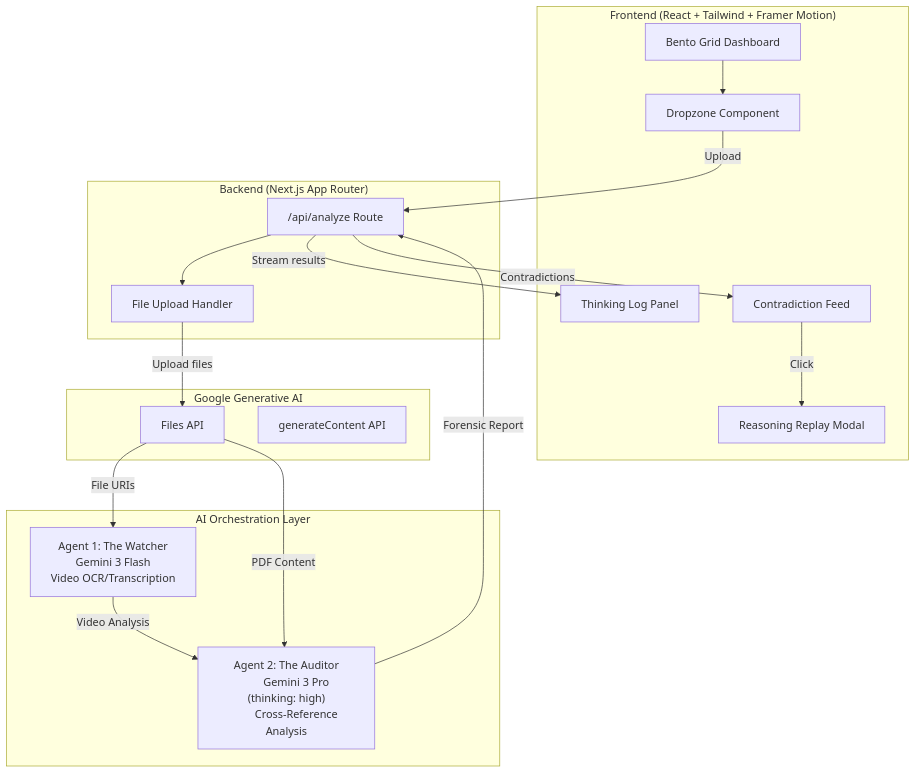
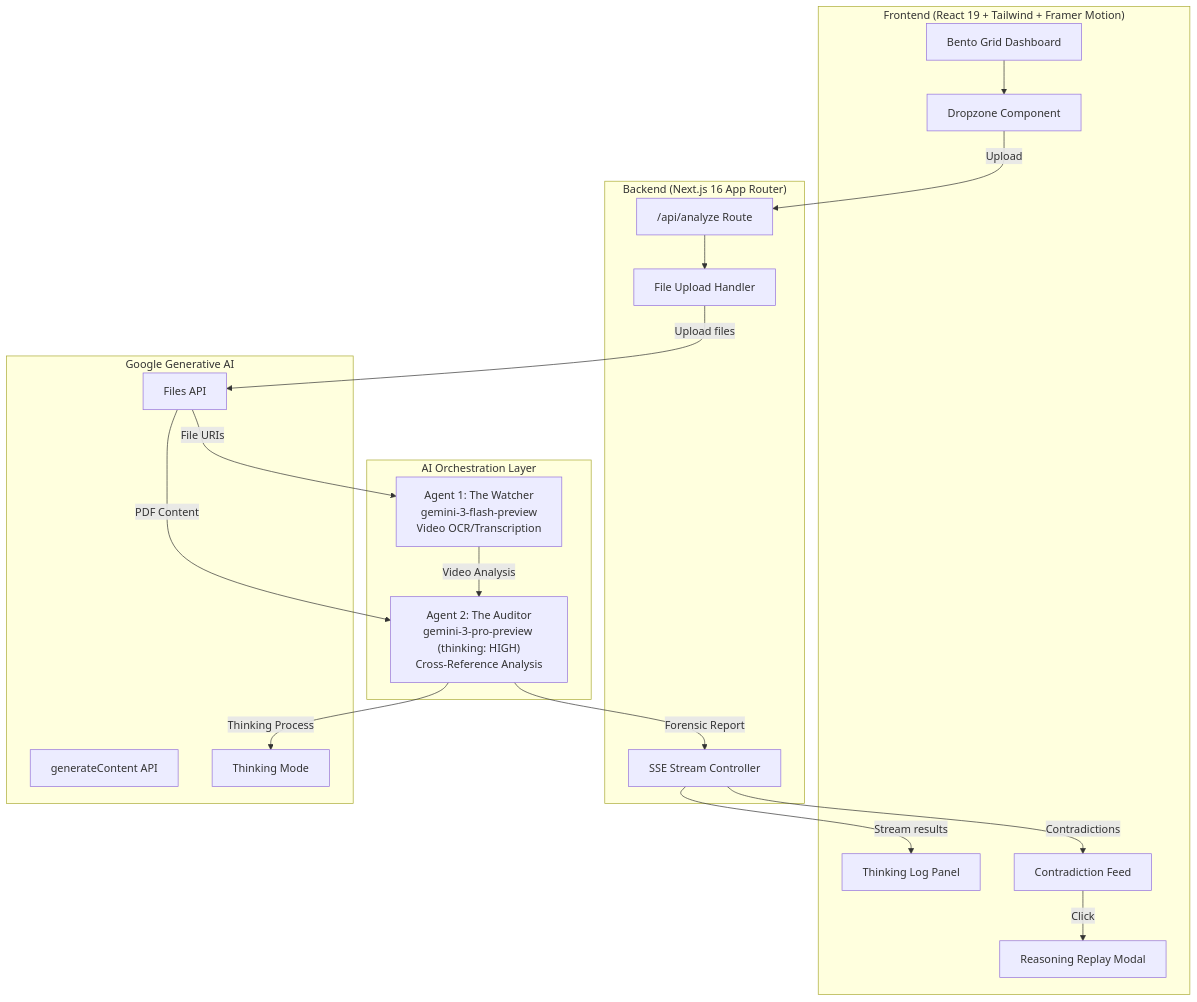
One commit to 4ranklyn/veragate changed the diagram in submission.md. Above: the diagram before and after it, drawn with Mermaid. The commit also changed other lines of this file and 2 other files, not shown here.

````diff
--- a/submission.md
+++ b/submission.md
@@ -88,41 +100,40 @@
 ```mermaid
 flowchart TB
-    subgraph Frontend["Frontend (React + Tailwind + Framer Motion)"]
-        UI[Bento Grid Dashboard]
-        DZ[Dropzone Component]
-        TL[Thinking Log Panel]
-        CF[Contradiction Feed]
-        RR[Reasoning Replay Modal]
+    subgraph Frontend["Frontend (React 19 + Tailwind + Framer Motion)"]
+        UI["Bento Grid Dashboard"]
+        DZ["Dropzone Component"]
+        TL["Thinking Log Panel"]
+        CF["Contradiction Feed"]
+        RR["Reasoning Replay Modal"]
     end
 
-    subgraph Backend["Backend (Next.js App Router)"]
+    subgraph Backend["Backend (Next.js 16 App Router)"]
         API["/api/analyze Route"]
-        FU[File Upload Handler]
+        FU["File Upload Handler"]
+        SSE["SSE Stream Controller"]
     end
 
     subgraph Agents["AI Orchestration Layer"]
-        A1["Agent 1: The Watcher
-        Gemini 3 Flash
-        Video OCR/Transcription"]
-        A2["Agent 2: The Auditor
-        Gemini 3 Pro (thinking: high)
-        Cross-Reference Analysis"]
+        A1["Agent 1: The Watcher<br/>gemini-3-flash-preview<br/>Video OCR/Transcription"]
+        A2["Agent 2: The Auditor<br/>gemini-3-pro-preview (thinking: HIGH)<br/>Cross-Reference Analysis"]
     end
 
     subgraph Gemini["Google Generative AI"]
-        FILES[Files API]
-        GEN[generateContent API]
+        FILES["Files API"]
+        GEN["generateContent API"]
+        THINK["Thinking Mode"]
     end
 
     UI --> DZ
     DZ -->|Upload| API
     API --> FU
     FU -->|Upload files| FILES
     FILES -->|File URIs| A1
     A1 -->|Video Analysis| A2
     FILES -->|PDF Content| A2
-    A2 -->|Forensic Report| API
-    API -->|Stream results| TL
-    API -->|Contradictions| CF
+    A2 -->|Thinking Process| THINK
+    A2 -->|Forensic Report| SSE
+    SSE -->|Stream results| TL
+    SSE -->|Contradictions| CF
     CF -->|Click| RR
 ```
````
